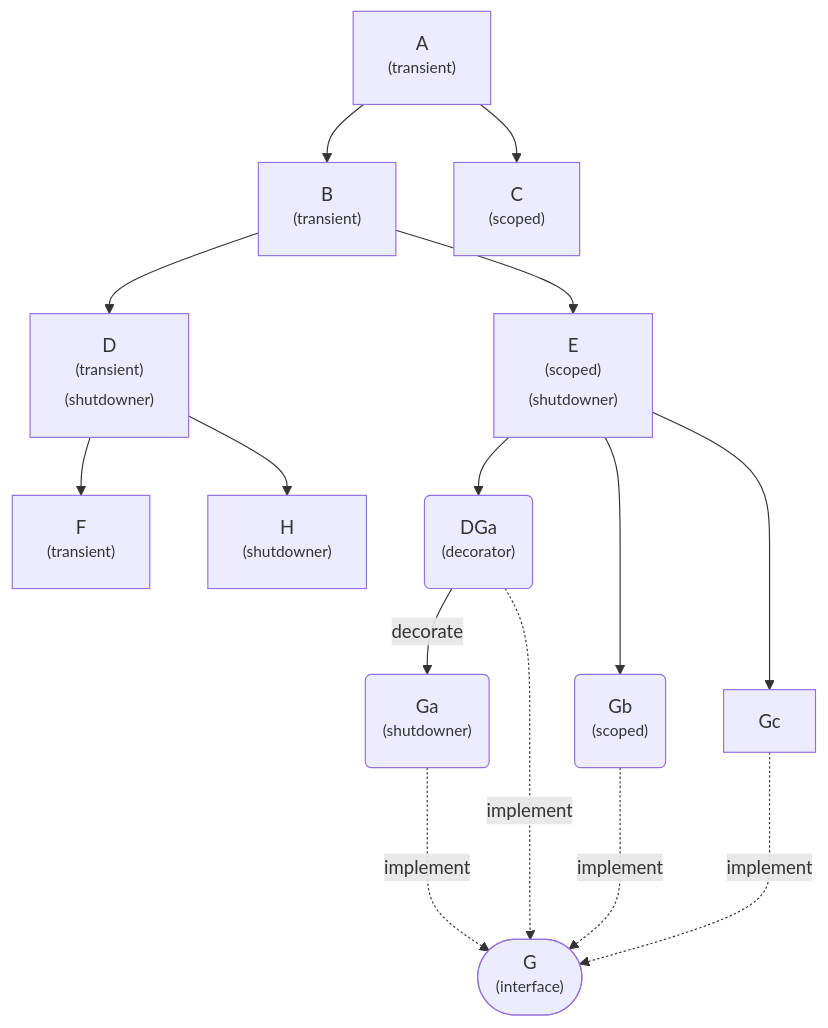
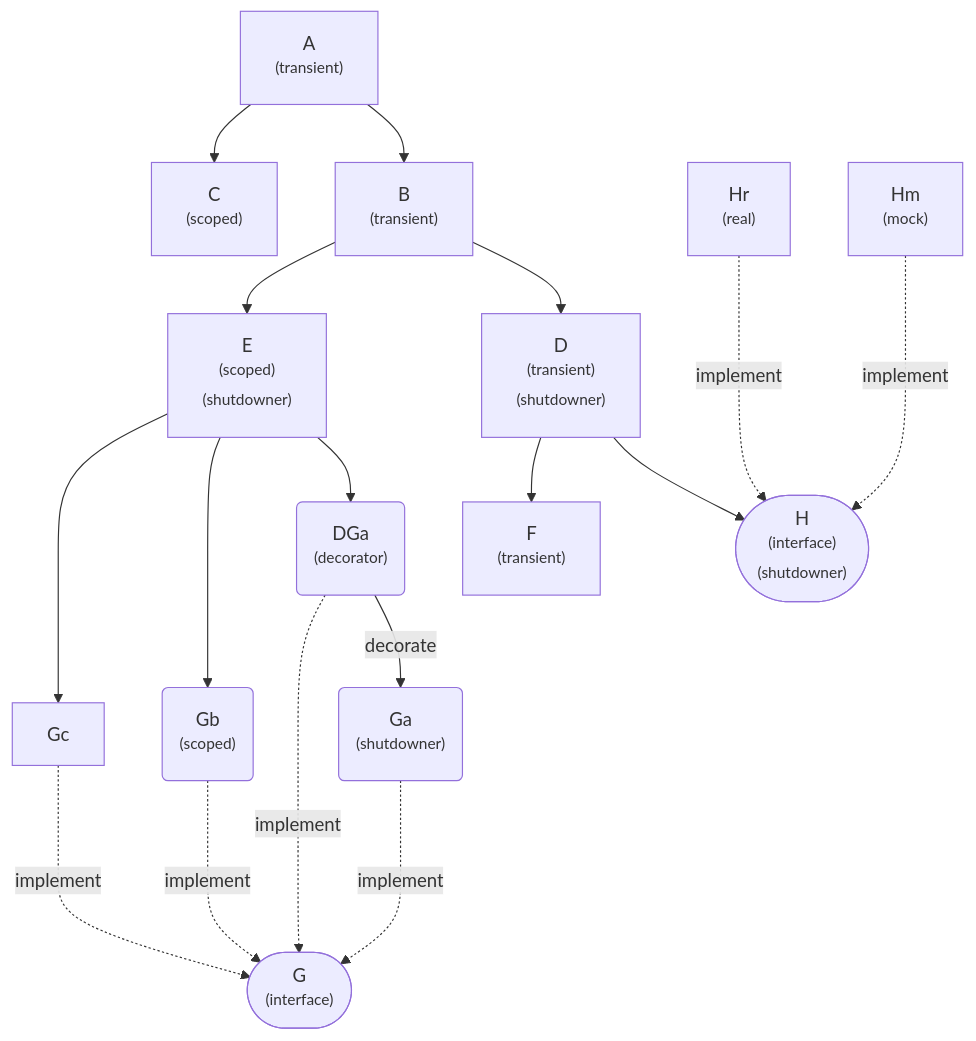
The diagram in try-uberfx/README.md (duongphuhiep/go-learn), drawn with Mermaid before and after one commit. The commit also changed other lines of this file and 14 other files, not shown here.

````diff
--- a/try-uberfx/README.md
+++ b/try-uberfx/README.md
@@ -11,29 +11,33 @@
 ```mermaid
 flowchart TD
 A["A<br><sup>(transient)</sup>"]
 B["B<br><sup>(transient)</sup>"]
 C["C<br><sup>(scoped)</sup>"]
 D["D<br><sup>(transient)<br>(shutdowner)</sup>"]
 E["E<br><sup>(scoped)<br>(shutdowner)</sup>"]
 F["F<br><sup>(transient)</sup>"]
 G(["G<br><sup>(interface)</sup>"])
 Gb("Gb<br><sup>(scoped)</sup>")
 Ga("Ga<br><sup>(shutdowner)</sup>")
 DGa("DGa<br><sup>(decorator)</sup>")
-H["H<br><sup>(shutdowner)</sup>"]
+H(["H<br><sup>(interface)<br>(shutdowner)</sup>"])
+Hr["Hr<br><sup>(real)</sup>"]
+Hm["Hm<br><sup>(mock)</sup>"]
 
 A-->B
 A-->C
 B-->D
 B-->E
+D-->H
 D-->F
-D-->H
+Hr -.implement..-> H
+Hm -.implement..-> H
 E-->DGa
 E-->Gb
 E-->Gc
 DGa-->|decorate| Ga
 Ga -.implement..-> G
 Gb -.implement..-> G
 Gc -.implement..-> G
 DGa -.implement..-> G
 ```
````
